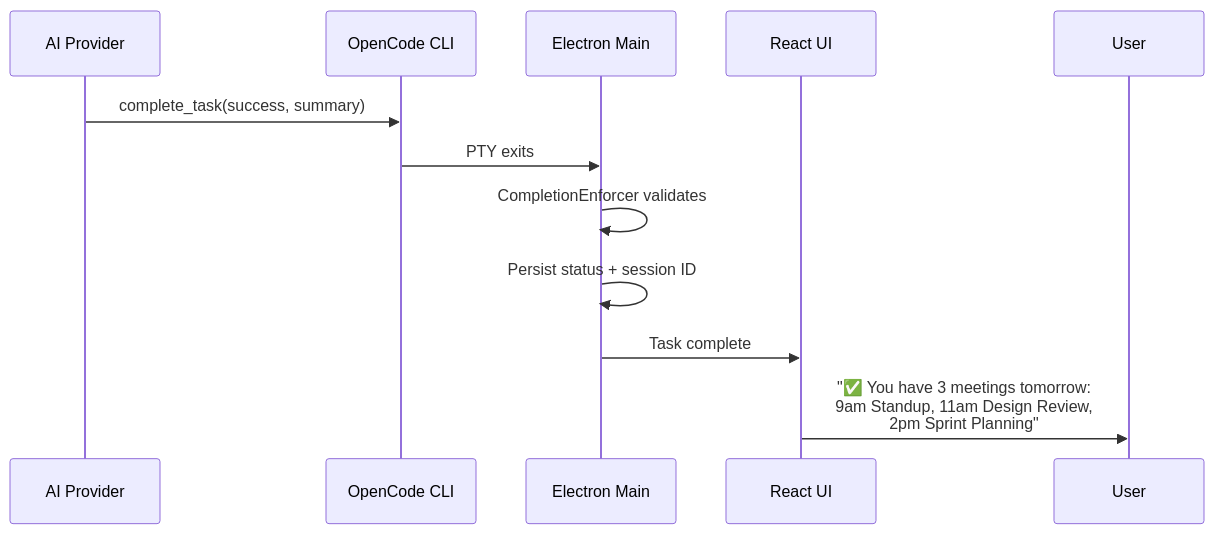
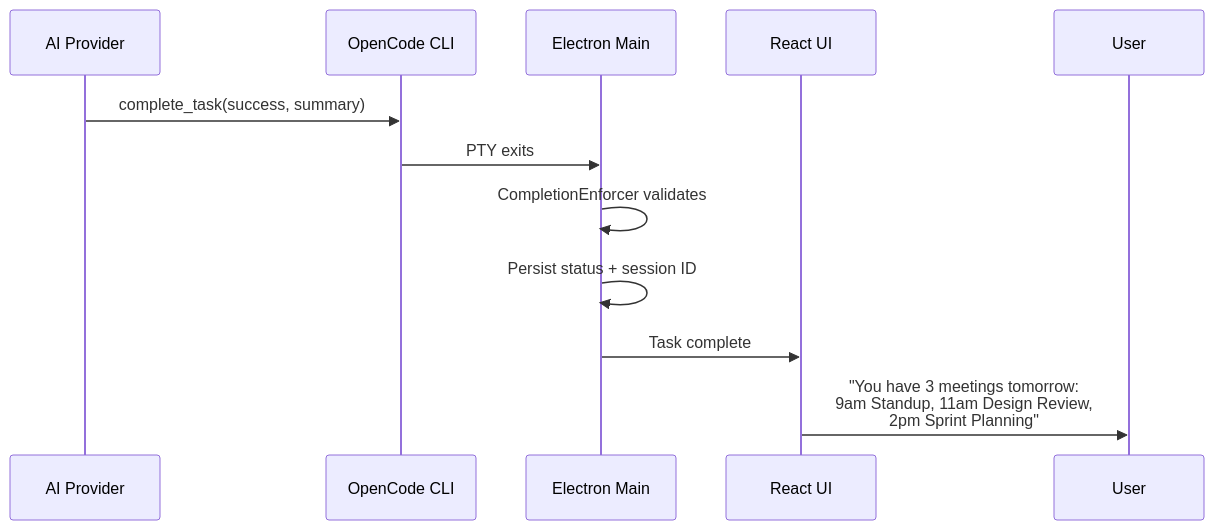
One commit to anastomotic-ai/anastomotic changed the fourth of 7 diagrams in docs/task-flow-slides.md. Above: the diagram before and after it, drawn with Mermaid. The commit also changed other lines of this file and 40 other files, not shown here.

````diff
--- a/docs/task-flow-slides.md
+++ b/docs/task-flow-slides.md
@@ -123,15 +123,15 @@
 ```mermaid
 sequenceDiagram
   participant AI as AI Provider
   participant OC as OpenCode CLI
   participant Main as Electron Main
   participant UI as React UI
   participant User
 
   AI->>OC: complete_task(success, summary)
   OC->>Main: PTY exits
   Main->>Main: CompletionEnforcer validates
   Main->>Main: Persist status + session ID
   Main->>UI: Task complete
-  UI->>User: "✅ You have 3 meetings tomorrow:<br/>9am Standup, 11am Design Review,<br/>2pm Sprint Planning"
+  UI->>User: "You have 3 meetings tomorrow:<br/>9am Standup, 11am Design Review,<br/>2pm Sprint Planning"
 ```
````
